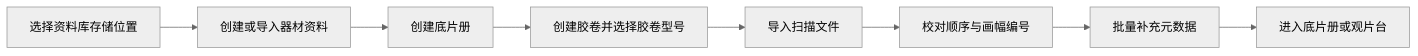
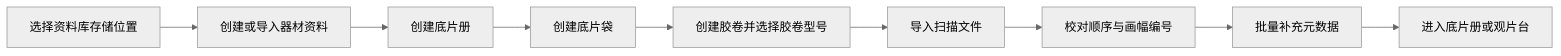
The second of 3 diagrams in 胶片管理应用-产品与系统设计文档.md (pluto037/FilmManage), drawn with Mermaid (neutral theme) before and after one commit. The commit also changed other lines of this file, not shown here.

````diff
--- a/胶片管理应用-产品与系统设计文档.md
+++ b/胶片管理应用-产品与系统设计文档.md
@@ -303,10 +315,11 @@
 ```mermaid
 flowchart LR
     A["选择资料库存储位置"] --> B["创建或导入器材资料"]
     B --> C["创建底片册"]
-    C --> D["创建胶卷并选择胶卷型号"]
-    D --> E["导入扫描文件"]
-    E --> F["校对顺序与画幅编号"]
-    F --> G["批量补充元数据"]
-    G --> H["进入底片册或观片台"]
+    C --> D["创建底片袋"]
+    D --> E["创建胶卷并选择胶卷型号"]
+    E --> F["导入扫描文件"]
+    F --> G["校对顺序与画幅编号"]
+    G --> H["批量补充元数据"]
+    H --> I["进入底片册或观片台"]
 ```
````
